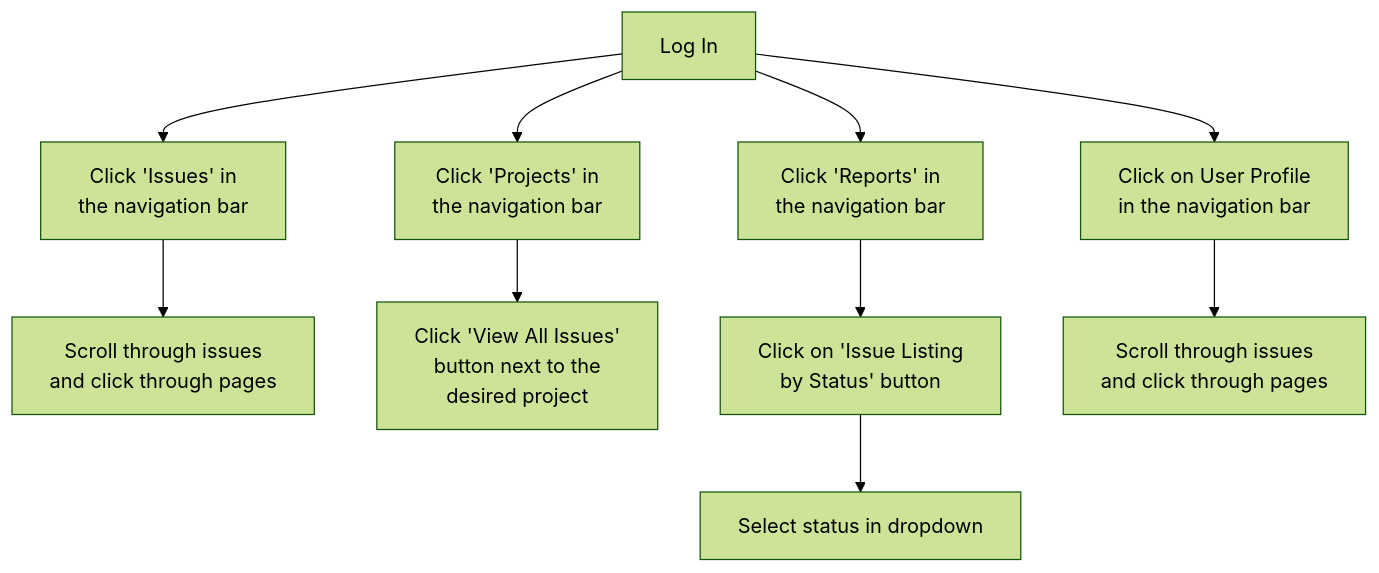
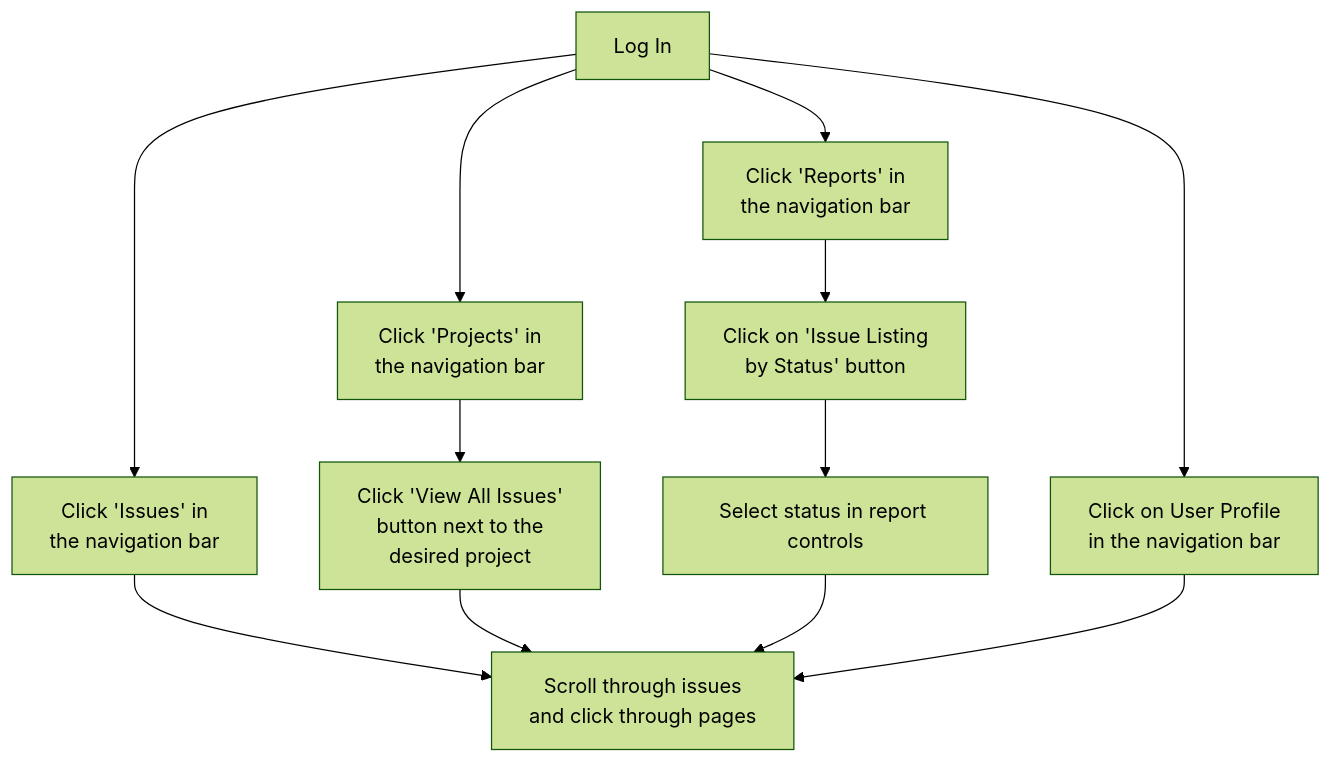
Before and after one commit to EvitaKnits/hitch-hound: the third of 10 diagrams in README.md, drawn with Mermaid (forest theme). The commit also changed other lines of this file, not shown here.

Commit message:
Tweak user journey diagrams for accuracy

````diff
--- a/README.md
+++ b/README.md
@@ -117,12 +123,14 @@
 ```mermaid
 flowchart TD
     A[Log In] --> B[Click 'Issues' in\n the navigation bar]
     A --> C[Click 'Projects' in\n the navigation bar]
     A --> D[Click 'Reports' in \nthe navigation bar]
     A --> E[Click on User Profile\n in the navigation bar]
     B --> F[Scroll through issues\nand click through pages]
     C --> G[Click 'View All Issues'\nbutton next to the \ndesired project]
+    G --> F
     D --> H[Click on 'Issue Listing \nby Status' button]
-    H --> I[Select status in dropdown]
-    E --> J[Scroll through issues\n and click through pages]
+    H --> I[Select status in report controls]
+    I --> F
+    E --> F
 ```
````
